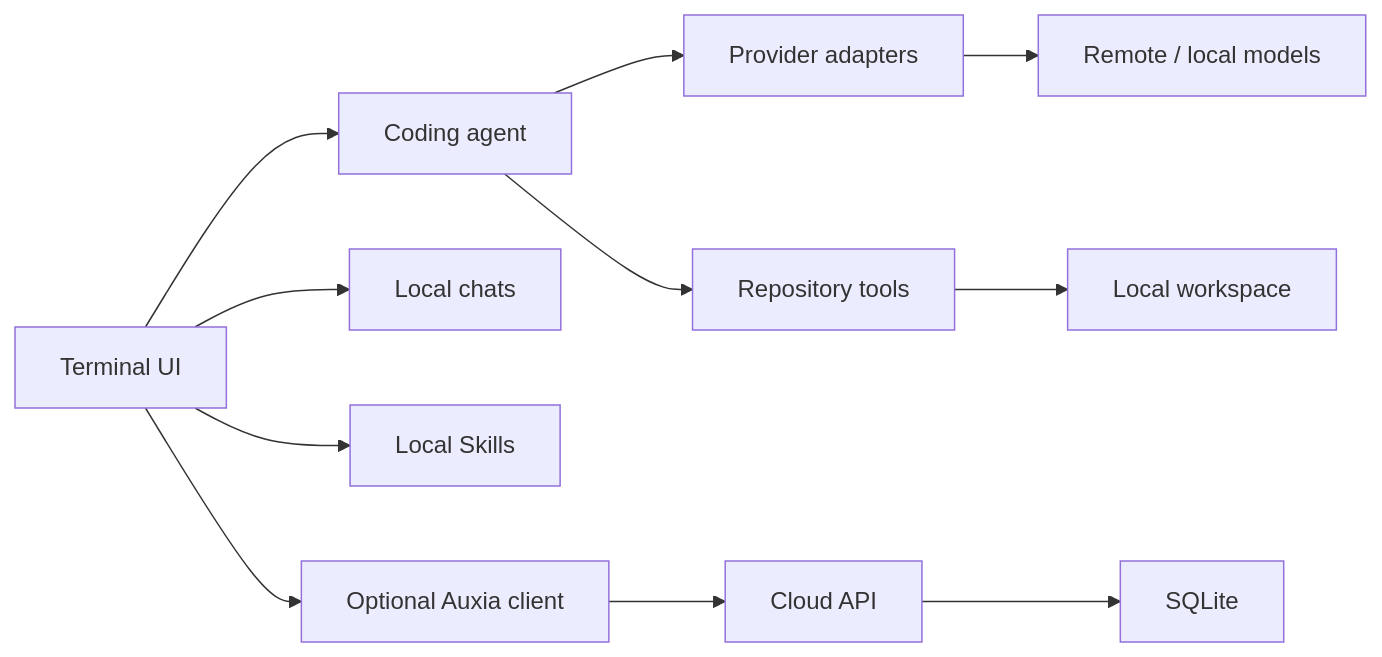
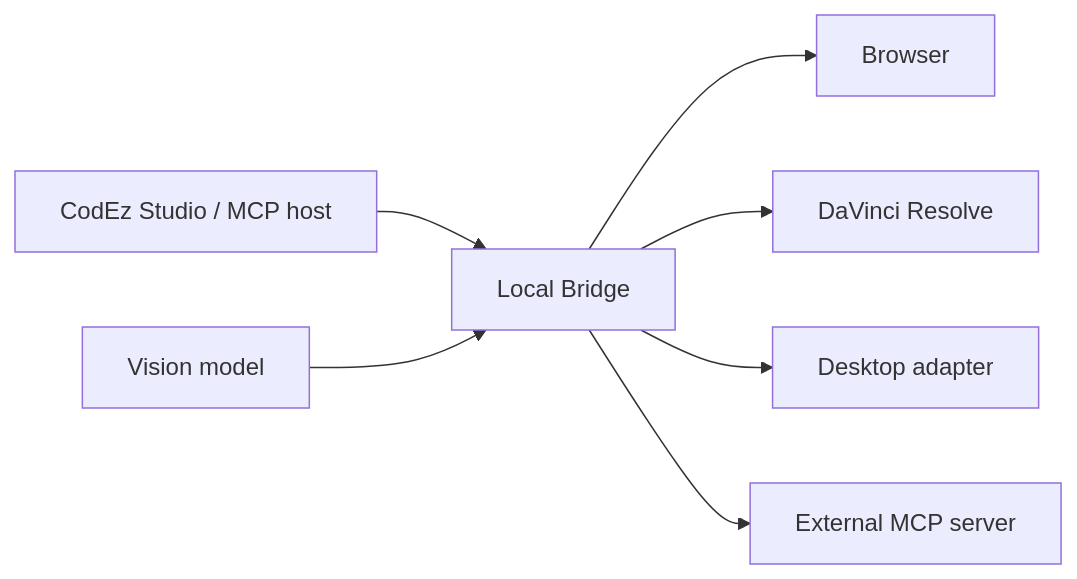
The diagram in README.md (rollzian/CodEz), drawn with Mermaid before and after one commit. The commit also changed other lines of this file and 97 other files, not shown here.

Commit message:
Publish standalone CodEz Studio Bridge 0.2.0 with documentation

````diff
--- a/README.md
+++ b/README.md
@@ -87,13 +33,9 @@
 ```mermaid
 flowchart LR
-    UI["Terminal UI"] --> Agent["Coding agent"]
-    Agent --> Provider["Provider adapters"]
-    Provider --> APIs["Remote / local models"]
-    Agent --> Tools["Repository tools"]
-    Tools --> Repo["Local workspace"]
-    UI --> Sessions["Local chats"]
-    UI --> Skills["Local Skills"]
-    UI --> Cloud["Optional Auxia client"]
-    Cloud --> Service["Cloud API"]
-    Service --> DB["SQLite"]
+    H["CodEz Studio / MCP host"] --> B["Local Bridge"]
+    B --> C["Browser"]
+    B --> R["DaVinci Resolve"]
+    B --> D["Desktop adapter"]
+    B --> M["External MCP server"]
+    V["Vision model"] --> B
 ```
````
